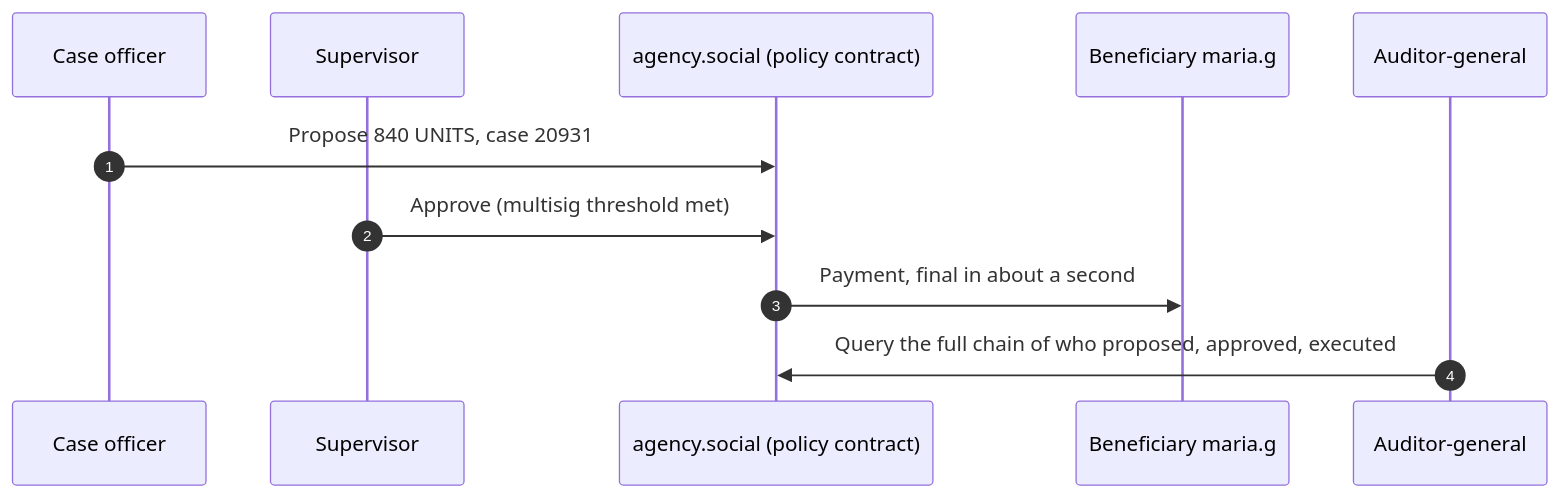
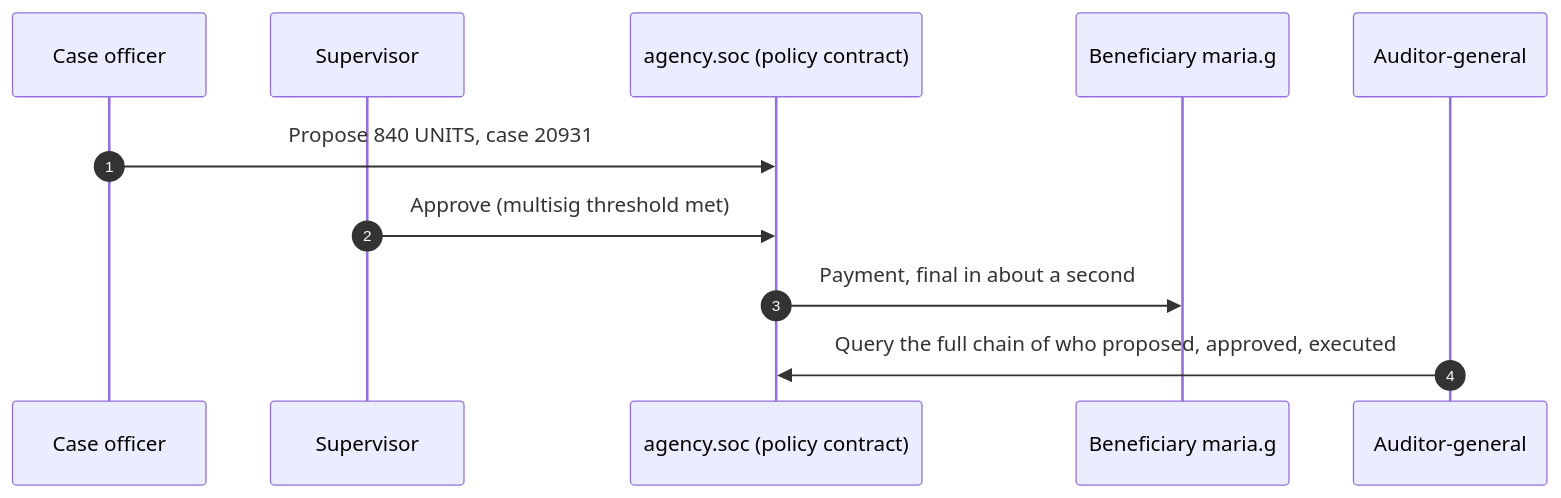
One commit to paulgnz/pulsevm-docs changed the diagram in docs/institutions/government.md. Above: the diagram before and after it, drawn with Mermaid. The commit also changed other lines of this file and 27 other files, not shown here.

````diff
--- a/docs/institutions/government.md
+++ b/docs/institutions/government.md
@@ -92,13 +92,13 @@
 ```mermaid
 sequenceDiagram
   autonumber
   participant O as Case officer
   participant S as Supervisor
-  participant P as agency.social (policy contract)
+  participant P as agency.soc (policy contract)
   participant B as Beneficiary maria.g
   participant A as Auditor-general
   O->>P: Propose 840 UNITS, case 20931
   S->>P: Approve (multisig threshold met)
   P->>B: Payment, final in about a second
   A->>P: Query the full chain of who proposed, approved, executed
 ```
````
